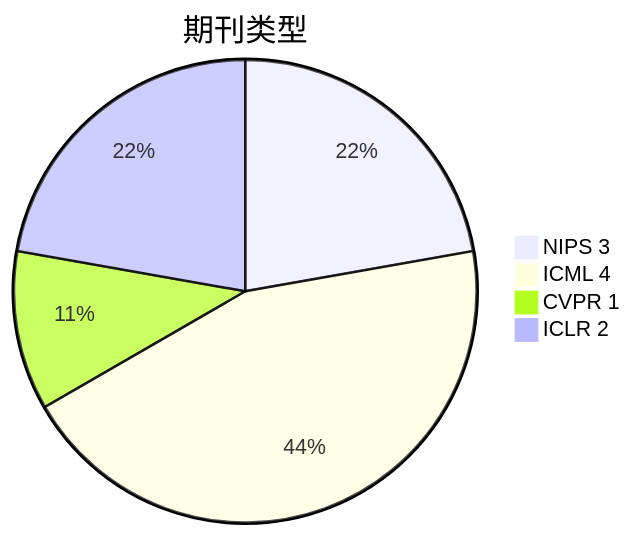
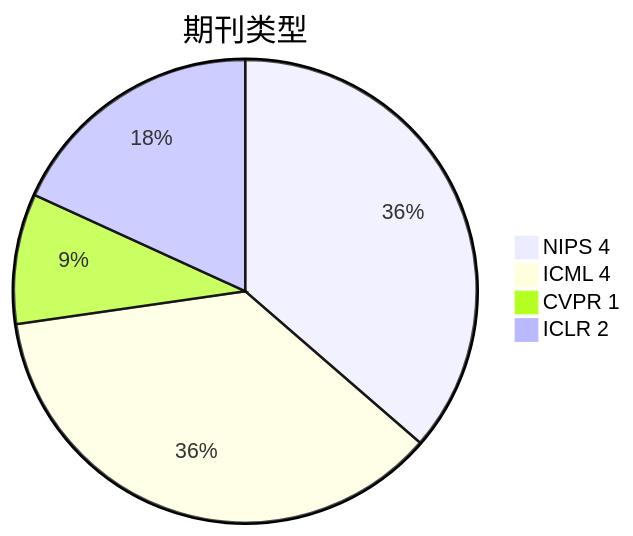
The second of 6 diagrams in Base_Model/VLM+VLLM/analyse.md (Elephant-King9/Paper), drawn with Mermaid before and after one commit. The commit also changed other lines of this file and 6 other files, not shown here.

````diff
--- a/Base_Model/VLM+VLLM/analyse.md
+++ b/Base_Model/VLM+VLLM/analyse.md
@@ -37,7 +39,7 @@
 ```mermaid
 pie title 期刊类型
-		"NIPS 3" : 2
+		"NIPS 4" : 4
 		"ICML 4" : 4
 		"CVPR 1" : 1
 		"ICLR 2" : 2
 ```
````
